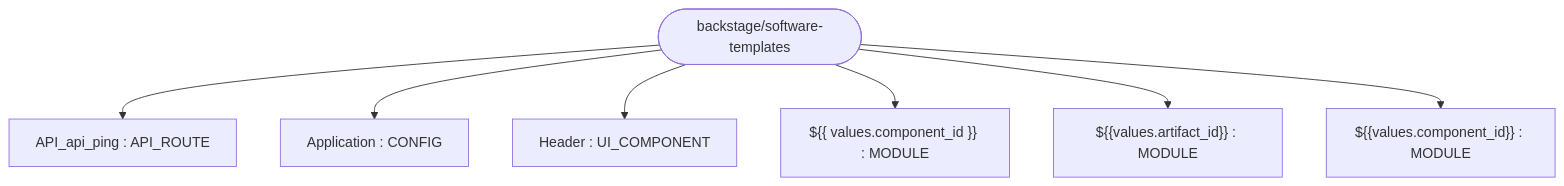
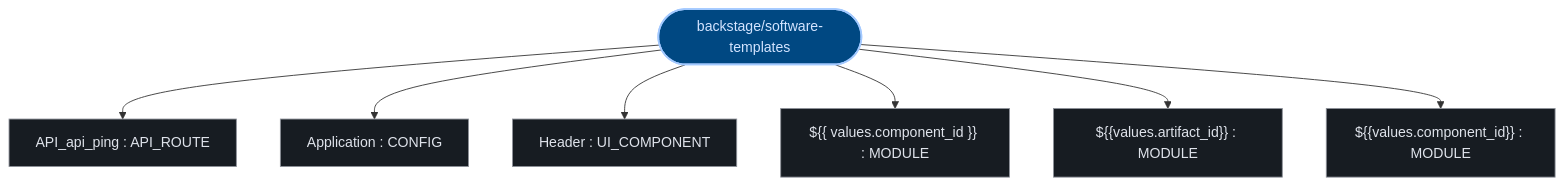
The first of 3 diagrams in exports/latest/reports/backstage-software-templates-report.md (kumarshaz/atruss-code-atlas), drawn with Mermaid before and after one commit. The commit also changed other lines of this file and 331 other files, not shown here.

Commit message:
docs,ui,fix: update SDLC docs, reorder CI/CD DAG first, stylize Mermaid, and fix Arc42 pipeline topology

````diff
--- a/exports/latest/reports/backstage-software-templates-report.md
+++ b/exports/latest/reports/backstage-software-templates-report.md
@@ -42,16 +42,23 @@
 ```mermaid
 graph TD;
-    ___values_component_id__["${{values.component_id}} : MODULE"]
-    ____values_component_id___["${{ values.component_id }} : MODULE"]
-    Header["Header : UI_COMPONENT"]
-    API_api_ping["API_api_ping : API_ROUTE"]
-    ___values_artifact_id__["${{values.artifact_id}} : MODULE"]
-    Application["Application : CONFIG"]
-    repo_root(["backstage/software-templates"])
+  classDef atlasRoot fill:#004882,stroke:#a3c9ff,stroke-width:2px,color:#d3e4ff
+  classDef atlasCategory fill:#212428,stroke:#E87A48,stroke-width:1.5px,color:#dfe3eb
+  classDef atlasWorkflow fill:#1b2026,stroke:#a3c9ff,stroke-width:1.5px,color:#dfe3eb
+  classDef atlasJob fill:#171c22,stroke:#8d9199,stroke-width:1px,color:#dfe3eb
+  classDef atlasTarget fill:#005227,stroke:#8bd99b,stroke-width:1.5px,color:#a7f6b6
+  classDef atlasAlert fill:#93000a,stroke:#ffb4ab,stroke-width:1.5px,color:#ffdad6
+  classDef atlasMore fill:#252a31,stroke:#8d9199,stroke-dasharray:4 4,color:#c3c6cf
+    ___values_component_id__["${{values.component_id}} : MODULE"]:::atlasJob
+    ____values_component_id___["${{ values.component_id }} : MODULE"]:::atlasJob
+    Header["Header : UI_COMPONENT"]:::atlasJob
+    API_api_ping["API_api_ping : API_ROUTE"]:::atlasJob
+    ___values_artifact_id__["${{values.artifact_id}} : MODULE"]:::atlasJob
+    Application["Application : CONFIG"]:::atlasJob
+    repo_root(["backstage/software-templates"]):::atlasRoot
     repo_root --> API_api_ping
     repo_root --> Application
     repo_root --> Header
     repo_root --> ____values_component_id___
     repo_root --> ___values_artifact_id__
     repo_root --> ___values_component_id__
 ```
````
